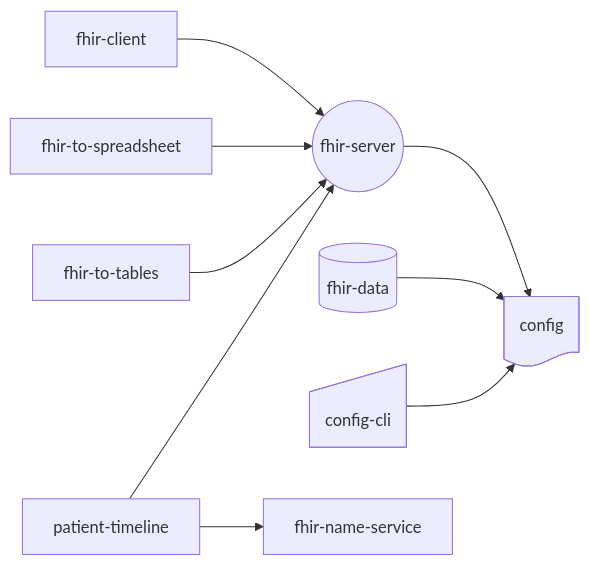
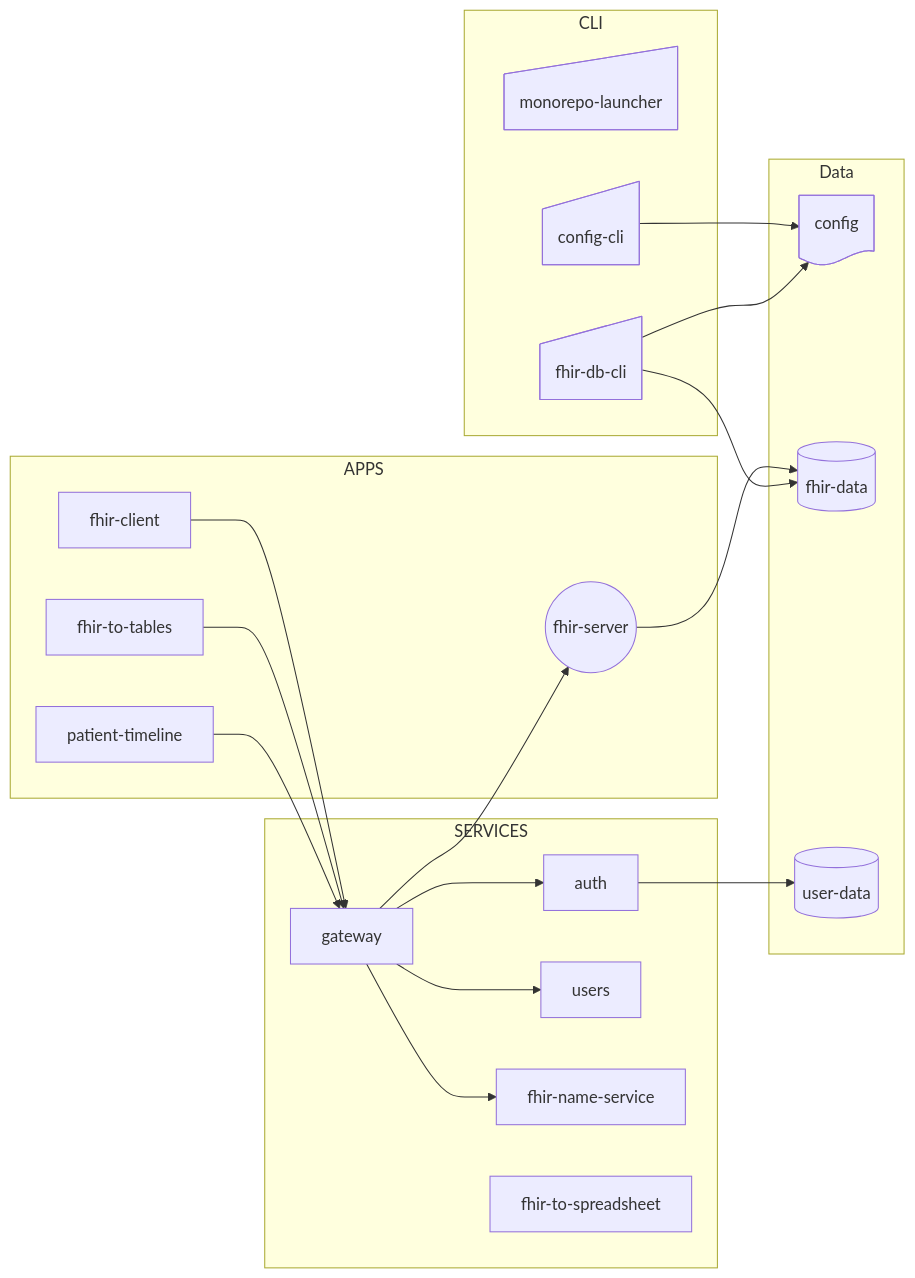
The diagram in README.md (willemverbuyst/fhir-placeholder-api), drawn with Mermaid before and after one commit. The commit also changed other lines of this file, not shown here.

Commit message:
docs: update app interactions

````diff
--- a/README.md
+++ b/README.md
@@ -20,16 +33,39 @@
 ```mermaid
 flowchart LR
-  C@{shape: doc, label: config}
-  CS@{shape: sl-rect,label: config-cli}
-  FS@{shape: circle, label: fhir-server}
-  DB@{shape: cyl, label: fhir-data}
-  FC@{shape: rect, label: fhir-client}
-  FS --> C
-  DB --> C
+  subgraph CLI
+    ML@{shape: sl-rect, label: monorepo-launcher}
+    CS@{shape: sl-rect,label: config-cli}
+    FDC@{shape: sl-rect, label: fhir-db-cli}
+  end 
+  subgraph APPS
+    PT[patient-timeline]
+    FC@{shape: rect, label: fhir-client}
+    FTT[fhir-to-tables]
+    FS@{shape: circle, label: fhir-server}
+  end
+  subgraph SERVICES
+    A[auth]
+    U[users]
+    G[gateway]
+    FNS[fhir-name-service]
+    FTS[fhir-to-spreadsheet]
+  end
+  subgraph Data
+    C@{shape: doc, label: config}
+    DB@{shape: cyl, label: fhir-data}
+    UDB@{shape: cyl, label: user-data}
+  end
+  FS --> DB
   CS --> C
-  FC --> FS
-  FTS[fhir-to-spreadsheet] --> FS
-  FTT[fhir-to-tables] --> FS
-  PT[patient-timeline] --> FS
-  PT --> FNS[fhir-name-service]
+  FDC --> DB
+  FDC --> C
+  FC --> G
+  FTT --> G
+  PT --> G
+  G --> U
+  G --> A
+  G --> FS
+  A --> UDB
+  G --> FNS
+  
 ```
````
